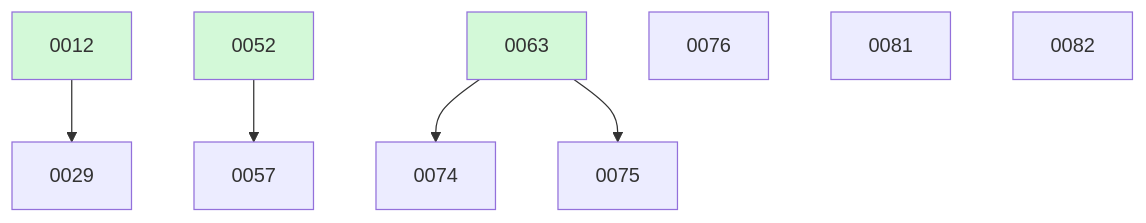
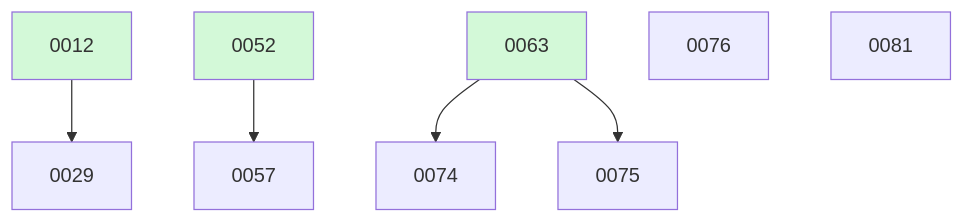
The diagram in docs/changes/BOARD.md (ethanhinson/fuse), drawn with Mermaid before and after one commit. The commit also changed other lines of this file, not shown here.

````diff
--- a/docs/changes/BOARD.md
+++ b/docs/changes/BOARD.md
@@ -32,14 +26,13 @@
 ```mermaid
 graph TD
   0012 --> 0029
   0052 --> 0057
   0063 --> 0074
   0063 --> 0075
   0076
   0081
-  0082
   0012:::done
   0052:::done
   0063:::done
   classDef done fill:#d3f9d8;
 ```
````
